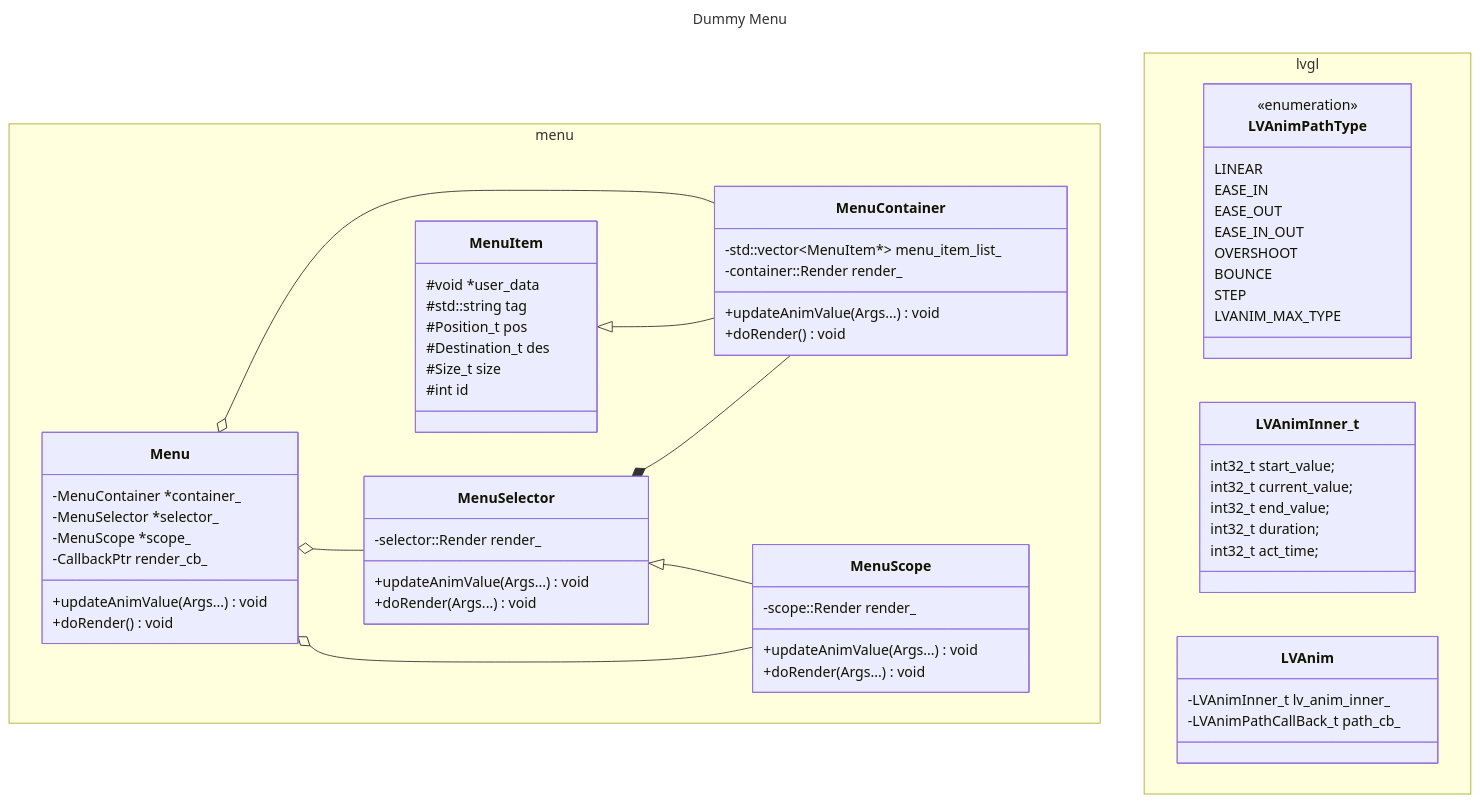
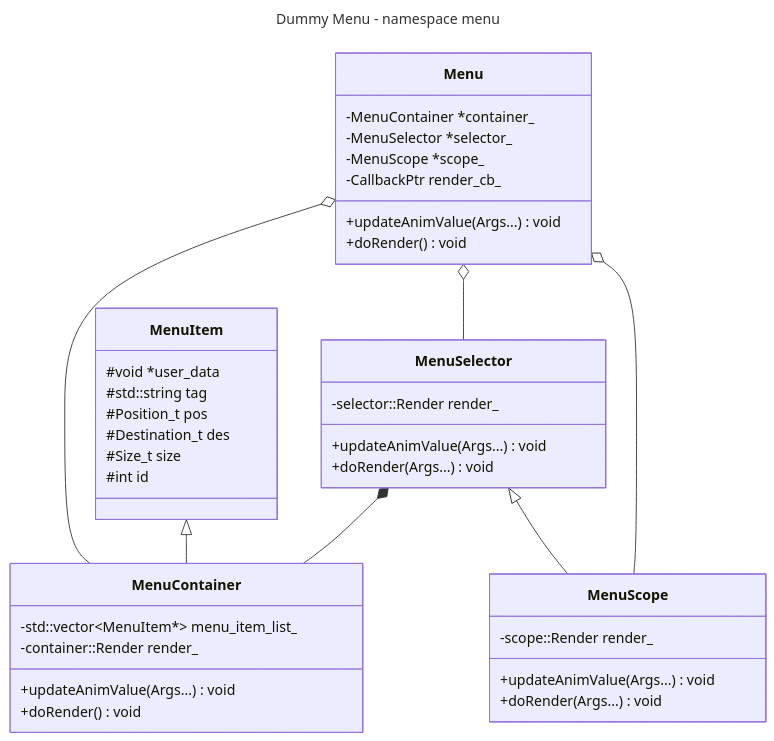
One commit to HangX-Ma/dummy-menu changed the first of 2 diagrams in README.md. Above: the diagram before and after it, drawn with Mermaid.

````diff
--- a/README.md
+++ b/README.md
@@ -57,74 +57,46 @@
 ```mermaid
 ---
-title: Dummy Menu
+title: Dummy Menu - namespace menu
 ---
 classDiagram
     Menu o-- MenuContainer
     Menu o-- MenuSelector
     Menu o-- MenuScope
 
     MenuItem <|-- MenuContainer
     MenuSelector *-- MenuContainer
     MenuSelector <|-- MenuScope
-namespace menu {
+
     class Menu {
         +updateAnimValue(Args...) void
         +doRender() void
         -MenuContainer *container_
         -MenuSelector *selector_
         -MenuScope *scope_
         -CallbackPtr render_cb_
     }
     class MenuContainer {
         +updateAnimValue(Args...) void
         +doRender() void
         -std::vector~MenuItem*~ menu_item_list_
         -container::Render render_
     }
     class MenuSelector {
         +updateAnimValue(Args...) void
         +doRender(Args...) void
         -selector::Render render_
     }
     class MenuScope {
         +updateAnimValue(Args...) void
         +doRender(Args...) void
         -scope::Render render_
     }
     class MenuItem {
         #void *user_data
         #std::string tag
         #Position_t pos
         #Destination_t des
         #Size_t size
         #int id
     }
-}
-
-namespace lvgl {
-    class LVAnimPathType {
-        <<enumeration>>
-        LINEAR
-        EASE_IN
-        EASE_OUT
-        EASE_IN_OUT
-        OVERSHOOT
-        BOUNCE
-        STEP
-        LVANIM_MAX_TYPE
-    }
-
-    class LVAnimInner_t {
-        int32_t start_value;
-        int32_t current_value;
-        int32_t end_value;
-        int32_t duration;
-        int32_t act_time;
-    }
-
-    class LVAnim {
-        -LVAnimInner_t lv_anim_inner_
-        -LVAnimPathCallBack_t path_cb_
-    }
-}
 ```
````
